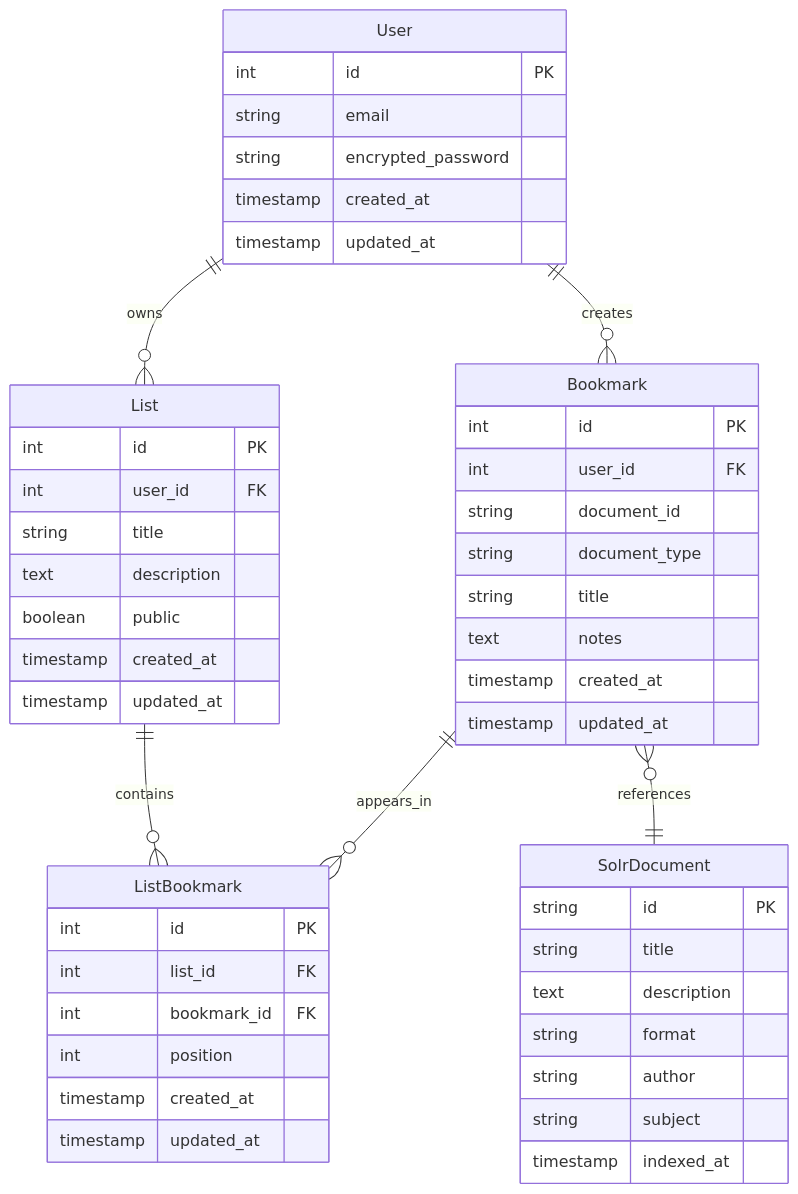
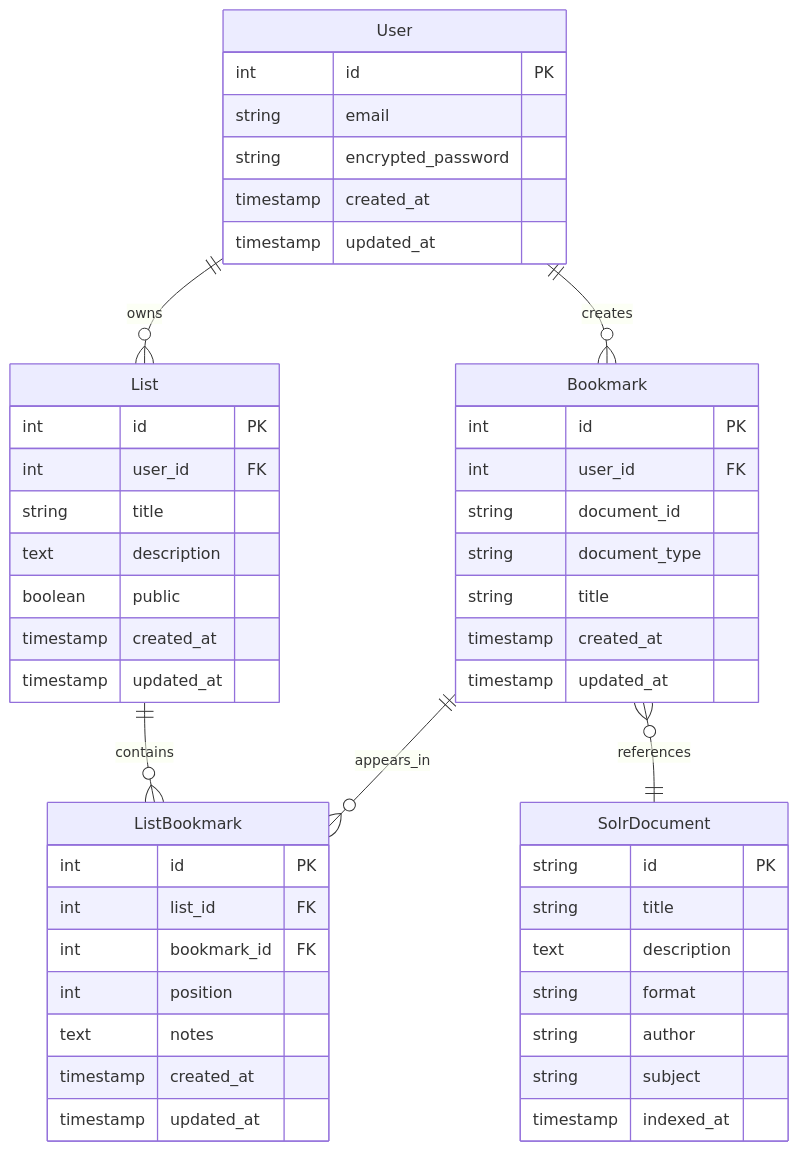
One commit to yetti-bytes/blacklight_lists changed the diagram in docs/erd.md. Above: the diagram before and after it, drawn with Mermaid. The commit also changed other lines of this file, not shown here.

Commit message:
feat: move `notes` field from Bookmark to ListBookmark (#3)

````diff
--- a/docs/erd.md
+++ b/docs/erd.md
@@ -1,56 +1,56 @@
 ```mermaid
 erDiagram
     User {
         int id PK
         string email
         string encrypted_password
         timestamp created_at
         timestamp updated_at
     }
     
     List {
         int id PK
         int user_id FK
         string title
         text description
         boolean public
         timestamp created_at
         timestamp updated_at
     }
     
     Bookmark {
         int id PK
         int user_id FK
         string document_id
         string document_type
         string title
-        text notes
         timestamp created_at
         timestamp updated_at
     }
     
     ListBookmark {
         int id PK
         int list_id FK
         int bookmark_id FK
         int position
+        text notes
         timestamp created_at
         timestamp updated_at
     }
     
     SolrDocument {
         string id PK
         string title
         text description
         string format
         string author
         string subject
         timestamp indexed_at
     }
     
     User ||--o{ List : "owns"
     User ||--o{ Bookmark : "creates"
     List ||--o{ ListBookmark : "contains"
     Bookmark ||--o{ ListBookmark : "appears_in"
     Bookmark }o--|| SolrDocument : "references"
 ```
````
